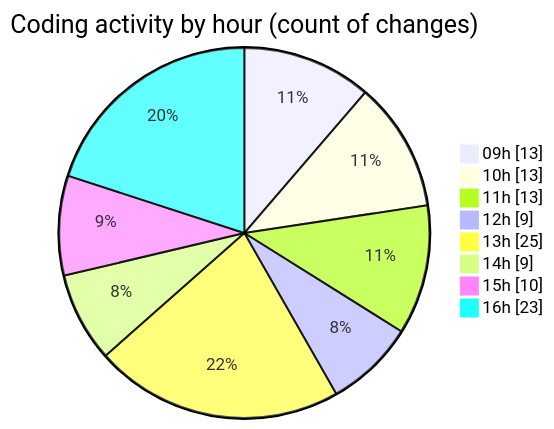
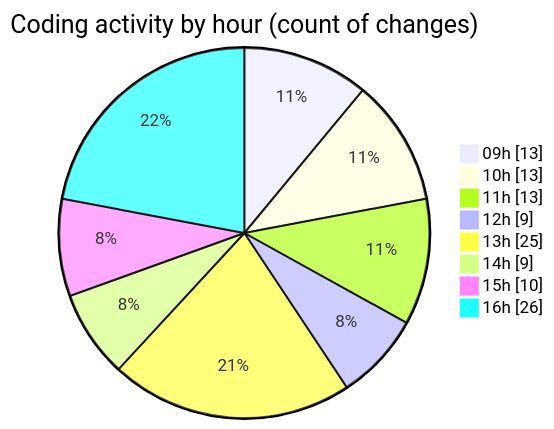
The second of 2 diagrams in 2025-09-23/cda/README.md (momahboobian/code-tracking), drawn with Mermaid before and after one commit. The commit also changed other lines of this file and 1 other file, not shown here.

````diff
--- a/2025-09-23/cda/README.md
+++ b/2025-09-23/cda/README.md
@@ -45,12 +45,12 @@
 ```mermaid
 pie showData
 title Coding activity by hour (count of changes)
 "09h" : 13
 "10h" : 13
 "11h" : 13
 "12h" : 9
 "13h" : 25
 "14h" : 9
 "15h" : 10
-"16h" : 23
+"16h" : 26
 ```
````
